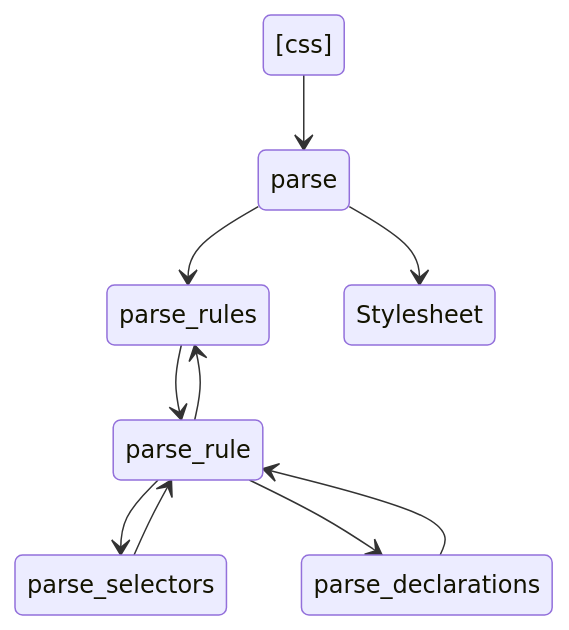
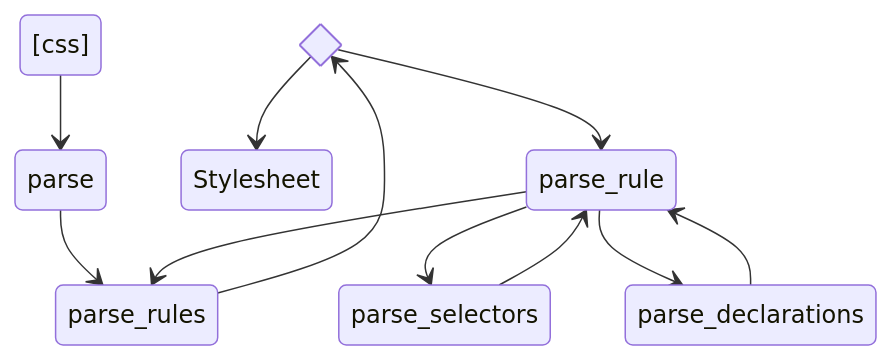
Before and after one commit to nakayan5/lets-build-a-browser-engine: the second of 2 diagrams in README.md, drawn with Mermaid.

````diff
--- a/README.md
+++ b/README.md
@@ -36,13 +36,19 @@
 ```mermaid
 stateDiagram-v2
+state end <<choice>>
 
 [css] --> parse
 parse --> parse_rules
-parse_rules --> parse_rule
+parse_rules --> end
+
+end --> Stylesheet
+end --> parse_rule
+
 parse_rule --> parse_rules
+
 parse_rule --> parse_selectors
 parse_rule --> parse_declarations
 parse_selectors --> parse_rule
 parse_declarations --> parse_rule
-parse --> Stylesheet
+
 ```
````
